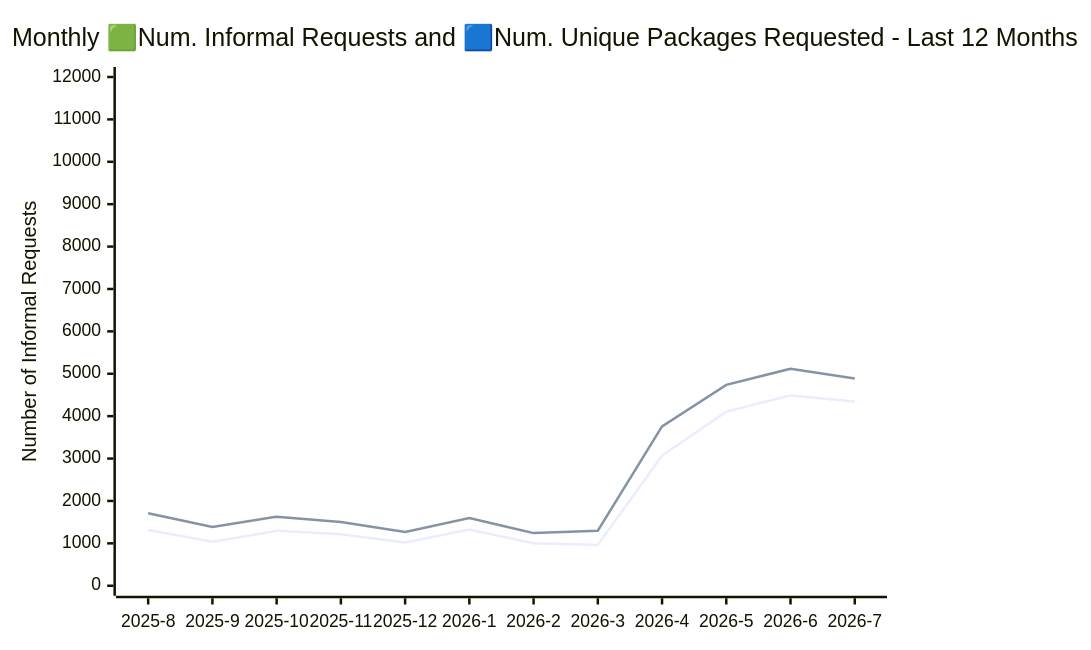
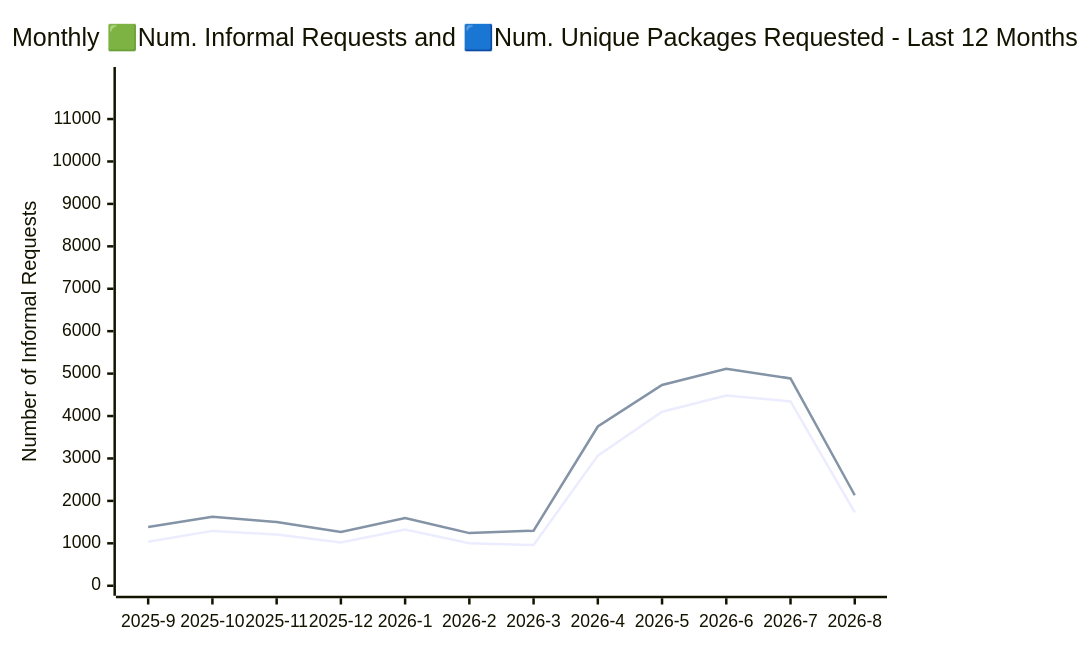
The diagram in ATI_INFORMAL_REPORT/readme.md (open-data/analytics-corporate-reporting), drawn with Mermaid before and after one commit. The commit also changed other lines of this file and 5 other files, not shown here.

````diff
--- a/ATI_INFORMAL_REPORT/readme.md
+++ b/ATI_INFORMAL_REPORT/readme.md
@@ -17,11 +17,11 @@
 ```mermaid
 
 xychart-beta
     title "Monthly 🟩Num. Informal Requests and 🟦Num. Unique Packages Requested - Last 12 Months"
-    x-axis [2025-8, 2025-9, 2025-10, 2025-11, 2025-12, 2026-1, 2026-2, 2026-3, 2026-4, 2026-5, 2026-6, 2026-7]
-    y-axis "Unique Packages" 0 --> 9414
-    y-axis "Number of Informal Requests" 0 --> 12000
+    x-axis [2025-9, 2025-10, 2025-11, 2025-12, 2026-1, 2026-2, 2026-3, 2026-4, 2026-5, 2026-6, 2026-7, 2026-8]
+    y-axis "Unique Packages" 0 --> 9413
+    y-axis "Number of Informal Requests" 0 --> 11991
 
-    line [1313, 1041, 1295, 1212, 1020, 1326, 1002, 960, 3071, 4107, 4489, 4346]
-    line [1712, 1387, 1630, 1503, 1268, 1596, 1242, 1298, 3758, 4738, 5119, 4889]
+    line [1039, 1293, 1210, 1019, 1324, 1001, 960, 3067, 4102, 4485, 4344, 1730]
+    line [1385, 1628, 1501, 1267, 1594, 1241, 1298, 3753, 4733, 5115, 4887, 2133]
 ```
````
